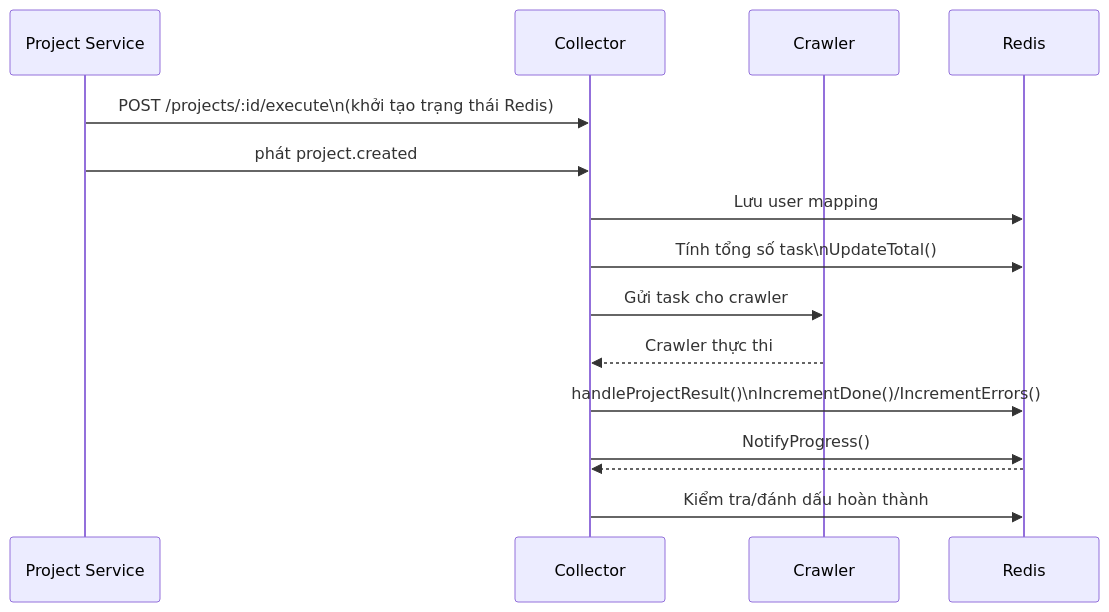
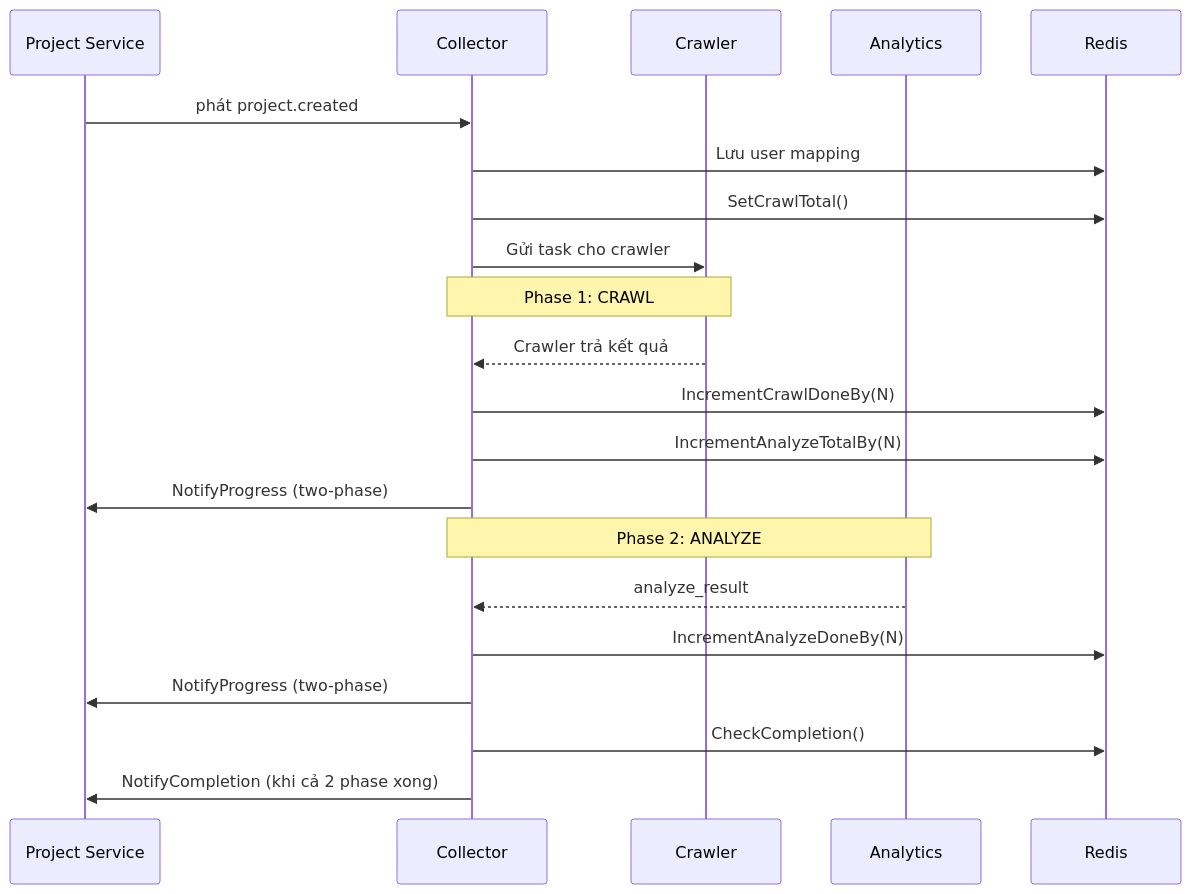
One commit to smap-hcmut/ingest-srv changed the second of 2 diagrams in collector/document/collector-behavior.md. Above: the diagram before and after it, drawn with Mermaid. The commit also changed other lines of this file and 25 other files, not shown here.

First line of the commit message:
feat(collector): implement two-phase state management and OpenSpec infrastructure

````diff
--- a/collector/document/collector-behavior.md
+++ b/collector/document/collector-behavior.md
@@ -147,18 +148,27 @@
 ```mermaid
 sequenceDiagram
     participant PS as Project Service
     participant COL as Collector
     participant CR as Crawler
+    participant AN as Analytics
     participant RED as Redis
 
-    PS->>COL: POST /projects/:id/execute\n(khởi tạo trạng thái Redis)
     PS->>COL: phát project.created
     COL->>RED: Lưu user mapping
-    COL->>RED: Tính tổng số task\nUpdateTotal()
+    COL->>RED: SetCrawlTotal()
     COL->>CR: Gửi task cho crawler
-    CR-->>COL: Crawler thực thi
-    COL->>RED: handleProjectResult()\nIncrementDone()/IncrementErrors()
-    COL->>RED: NotifyProgress()
-    RED-->>COL:
-    COL->>RED: Kiểm tra/đánh dấu hoàn thành
+
+    Note over CR,COL: Phase 1: CRAWL
+    CR-->>COL: Crawler trả kết quả
+    COL->>RED: IncrementCrawlDoneBy(N)
+    COL->>RED: IncrementAnalyzeTotalBy(N)
+    COL->>PS: NotifyProgress (two-phase)
+
+    Note over AN,COL: Phase 2: ANALYZE
+    AN-->>COL: analyze_result
+    COL->>RED: IncrementAnalyzeDoneBy(N)
+    COL->>PS: NotifyProgress (two-phase)
+
+    COL->>RED: CheckCompletion()
+    COL->>PS: NotifyCompletion (khi cả 2 phase xong)
 ```
````
